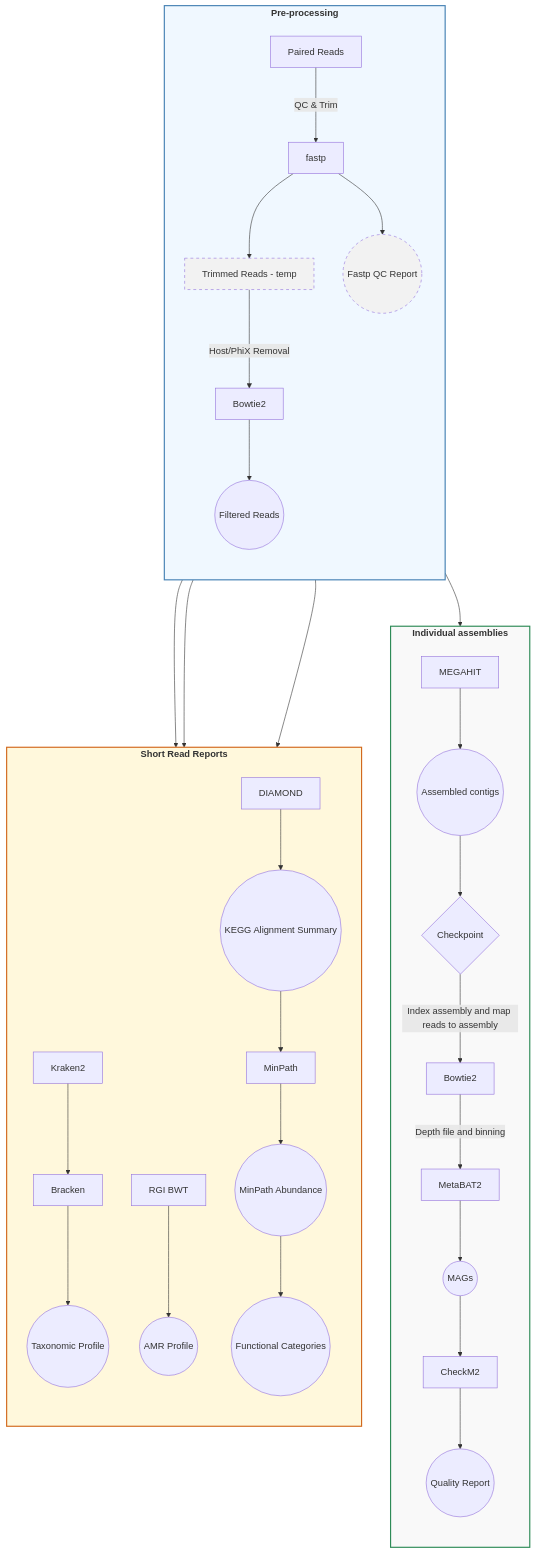
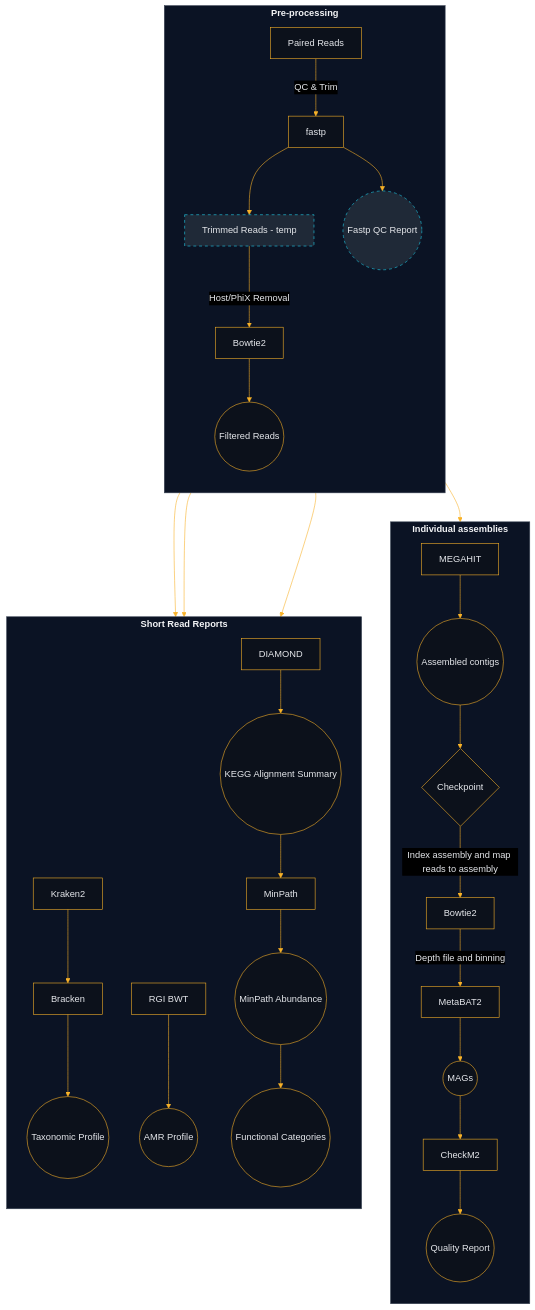
One commit to AAFC-Bioinfo-AAC/metagenomics-snakemake changed the diagram in docs/user-guide.md. Above: the diagram before and after it, drawn with Mermaid.

Commit message:
Change workflow diagram theme
Added a workflow diagram with custom styling in Mermaid format.

````diff
--- a/docs/user-guide.md
+++ b/docs/user-guide.md
@@ -53,53 +53,66 @@
 ```mermaid
+---
+config:
+  theme: base
+  themeVariables:
+    darkMode: true
+    background: '#0c111b'
+    mainBkg: '#0c111b'
+    textColor: '#e5e7eb'
+    titleColor: '#f3f4f6'
+
+    primaryColor: '#1f2937'
+    primaryTextColor: '#e5e7eb'
+    primaryBorderColor: '#F8B229'
+
+    secondaryColor: '#111827'
+    secondaryBorderColor: '#2d3748'
+
+    tertiaryColor: '#0b1324'
+    tertiaryBorderColor: '#374151'
+
+    lineColor: '#F8B229'
+---
 flowchart TD
 
     subgraph PREPROC ["<b>Pre-processing</b>"]
         direction TB
         A[Paired Reads] -->|QC & Trim| B[fastp]
         B --> C[Trimmed Reads - temp]
         B --> L1((Fastp QC Report))
         C -->|Host/PhiX Removal| D[Bowtie2]
         D --> E((Filtered Reads))
     end
 
     subgraph MAGS ["<b>Individual assemblies</b>"]
         direction TB
         E --> F[MEGAHIT]
         F --> G((Assembled contigs))
         G --> I{Checkpoint}
         I --> |Index assembly and map reads to assembly| J[Bowtie2]
         J --> |Depth file and binning| K[MetaBAT2]
         K --> L2((MAGs))
         L2 --> M[CheckM2]
         M --> N((Quality Report))
     end
 
     subgraph QC_REPORTS ["<b>Short Read Reports</b>"]
         direction TB
         E --> P[Kraken2]
         P --> Q[Bracken]
         Q --> S((Taxonomic Profile))
 
         E --> W1[RGI BWT]
         W1 --> Q2((AMR Profile))
 
         E --> T[DIAMOND]
         T --> U((KEGG Alignment Summary))
         U --> V[MinPath]
         V --> W2((MinPath Abundance))
         W2 --> X((Functional Categories))
     end
 
-
     %% TEMP FILE STYLING
-    style C fill:#f2f2f2,stroke-dasharray: 5 5
-    style L1 fill:#f2f2f2,stroke-dasharray: 5 5
-
-    style PREPROC fill:#f0f8ff,stroke:#4682b4,stroke-width:2px
-    style MAGS fill:#f9f9f9,stroke:#2e8b57,stroke-width:2px
-    style QC_REPORTS fill:#fff8dc,stroke:#d2691e,stroke-width:2px
-
-    %%{init: {"flowchart": {"curve": "basis", "nodeSpacing": 50, "rankSpacing": 80}}}%%
-
-
+    style C fill:#1f2937,stroke:#22d3ee,stroke-dasharray: 5 5,color:#e5e7eb
+    style L1 fill:#1f2937,stroke:#22d3ee,stroke-dasharray: 5 5,color:#e5e7eb
 ```
````
